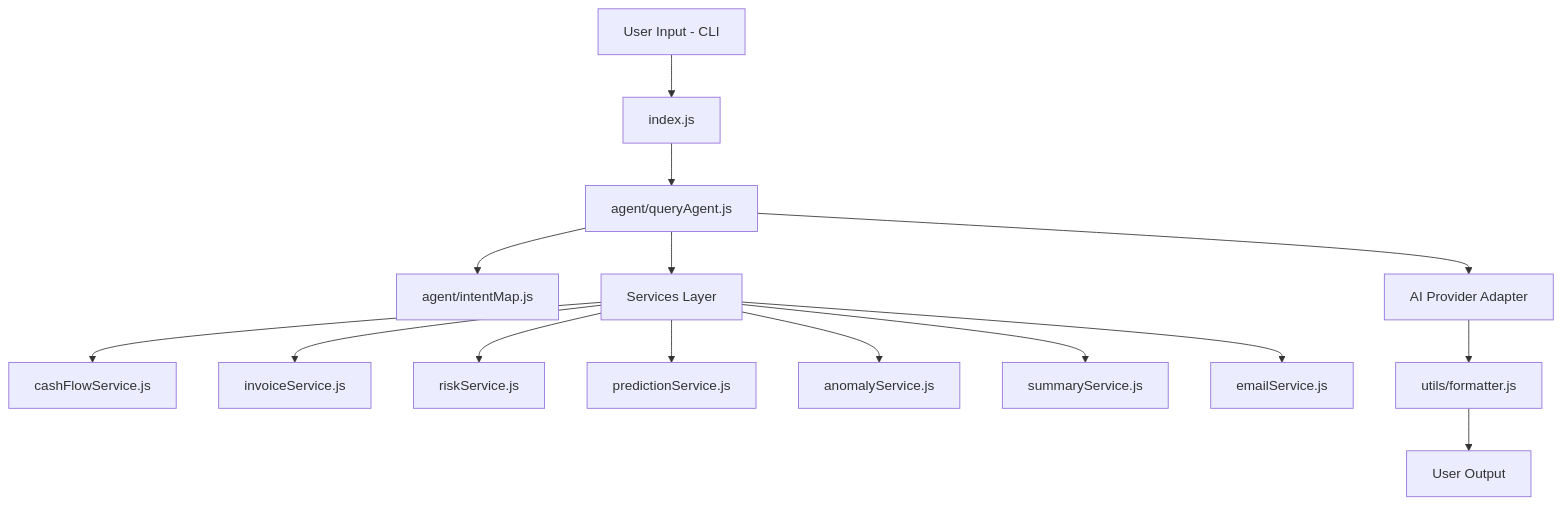
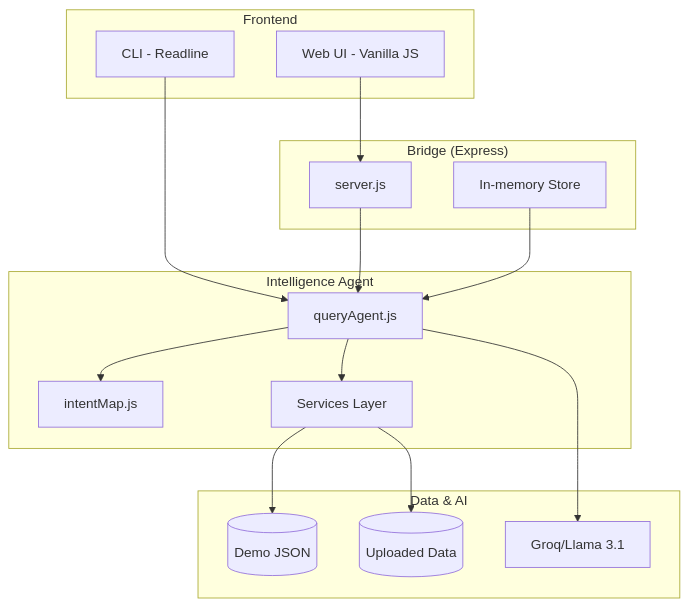
One commit to krishan2005op/CashGuardian1 changed the first of 2 diagrams in docs/architecture.md. Above: the diagram before and after it, drawn with Mermaid. The commit also changed other lines of this file and 16 other files, not shown here.

Commit message:
feat: overhaul intelligence engine and launch Luminous Web UI

````diff
--- a/docs/architecture.md
+++ b/docs/architecture.md
@@ -5,17 +11,34 @@
 ```mermaid
-flowchart TD
-    A[User Input - CLI] --> B[index.js]
-    B --> C[agent/queryAgent.js]
-    C --> D[agent/intentMap.js]
-    C --> E[Services Layer]
-    E --> E1[cashFlowService.js]
-    E --> E2[invoiceService.js]
-    E --> E3[riskService.js]
-    E --> E4[predictionService.js]
-    E --> E5[anomalyService.js]
-    E --> E6[summaryService.js]
-    E --> E7[emailService.js]
-    C --> F[AI Provider Adapter]
-    F --> G[utils/formatter.js]
-    G --> H[User Output]
+graph TD
+    subgraph Frontend
+        W[Web UI - Vanilla JS]
+        C[CLI - Readline]
+    end
+
+    subgraph "Bridge (Express)"
+        S[server.js]
+        DS[In-memory Store]
+    end
+
+    subgraph "Intelligence Agent"
+        Q[queryAgent.js]
+        IM[intentMap.js]
+        SVC[Services Layer]
+    end
+
+    subgraph "Data & AI"
+        D[(Demo JSON)]
+        U[(Uploaded Data)]
+        AI[Groq/Llama 3.1]
+    end
+
+    W --> S
+    C --> Q
+    S --> Q
+    DS --> Q
+    Q --> IM
+    Q --> SVC
+    SVC --> D
+    SVC --> U
+    Q --> AI
 ```
````
